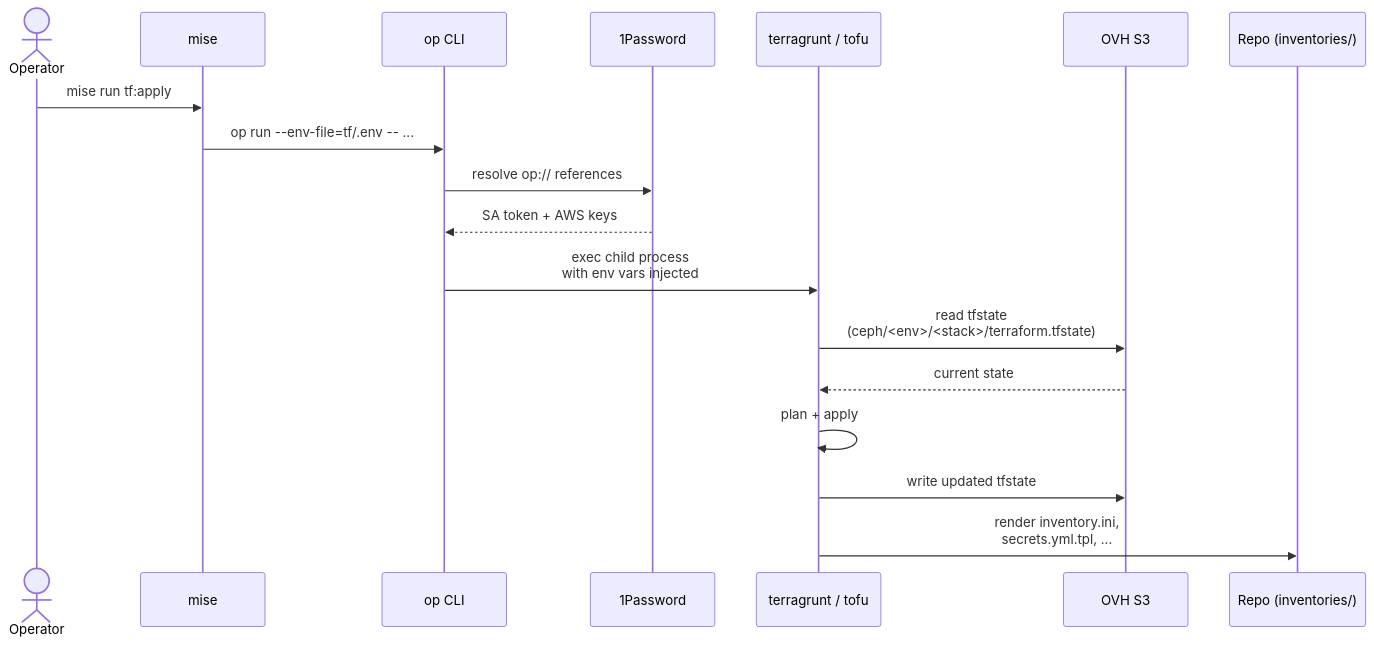
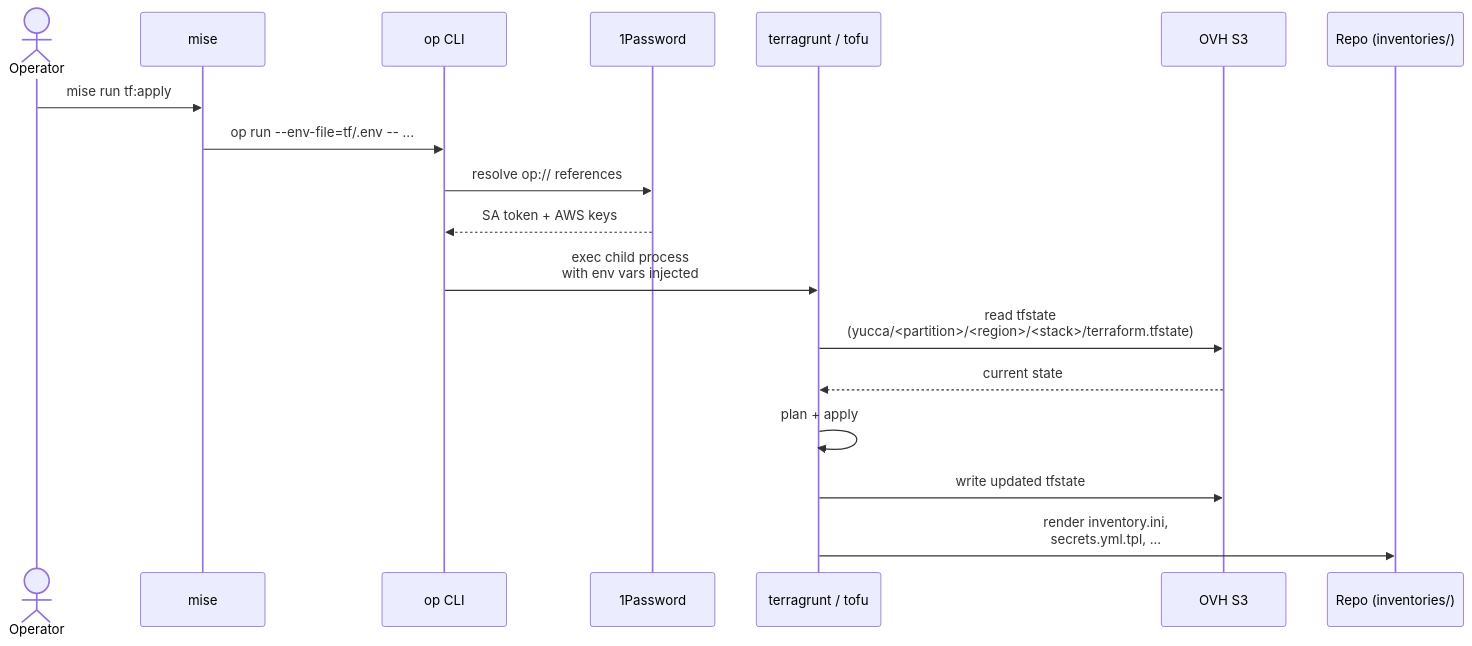
The sixth of 11 diagrams in ansible/ceph/docs/architecture.md (immich-app/yucca), drawn with Mermaid before and after one commit. The commit also changed other lines of this file and 22 other files, not shown here.

````diff
--- a/ansible/ceph/docs/architecture.md
+++ b/ansible/ceph/docs/architecture.md
@@ -523,21 +536,21 @@
 ```mermaid
 sequenceDiagram
     actor OP as Operator
     participant MISE as mise
     participant OPCLI as op CLI
     participant ONEP as 1Password
     participant TG as terragrunt / tofu
     participant S3 as OVH S3
     participant REPO as Repo (inventories/)
 
     OP->>MISE: mise run tf:apply
     MISE->>OPCLI: op run --env-file=tf/.env -- ...
     OPCLI->>ONEP: resolve op:// references
     ONEP-->>OPCLI: SA token + AWS keys
     OPCLI->>TG: exec child process<br/>with env vars injected
-    TG->>S3: read tfstate<br/>(ceph/<env>/<stack>/terraform.tfstate)
+    TG->>S3: read tfstate<br/>(yucca/<partition>/<region>/<stack>/terraform.tfstate)
     S3-->>TG: current state
     TG->>TG: plan + apply
     TG->>S3: write updated tfstate
     TG->>REPO: render inventory.ini,<br/>secrets.yml.tpl, ...
 ```
````
